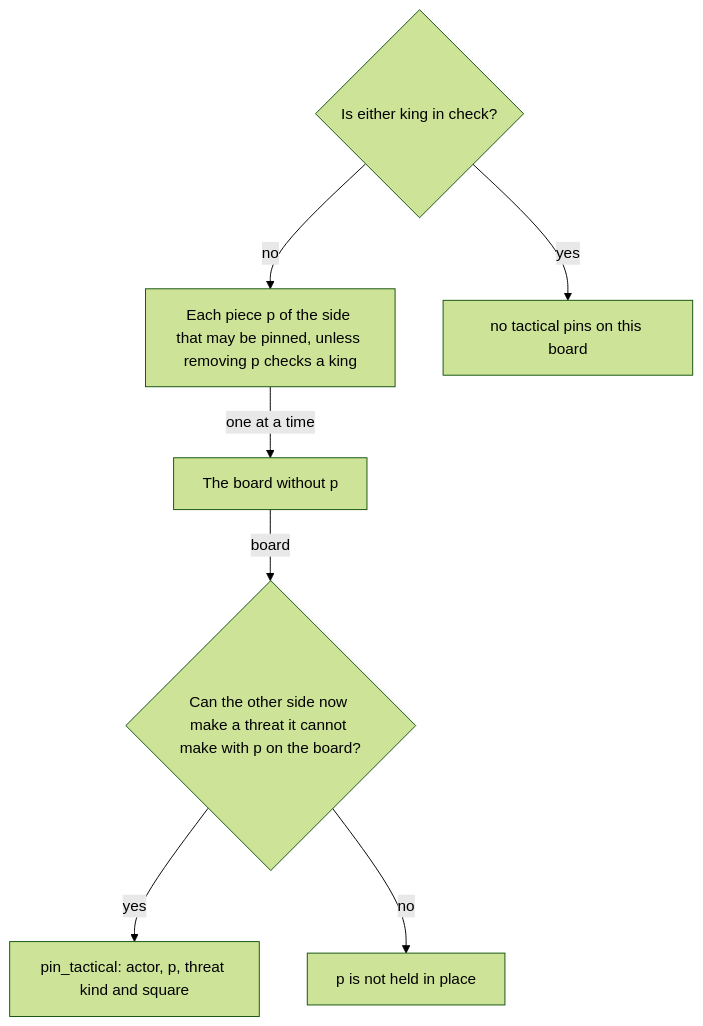
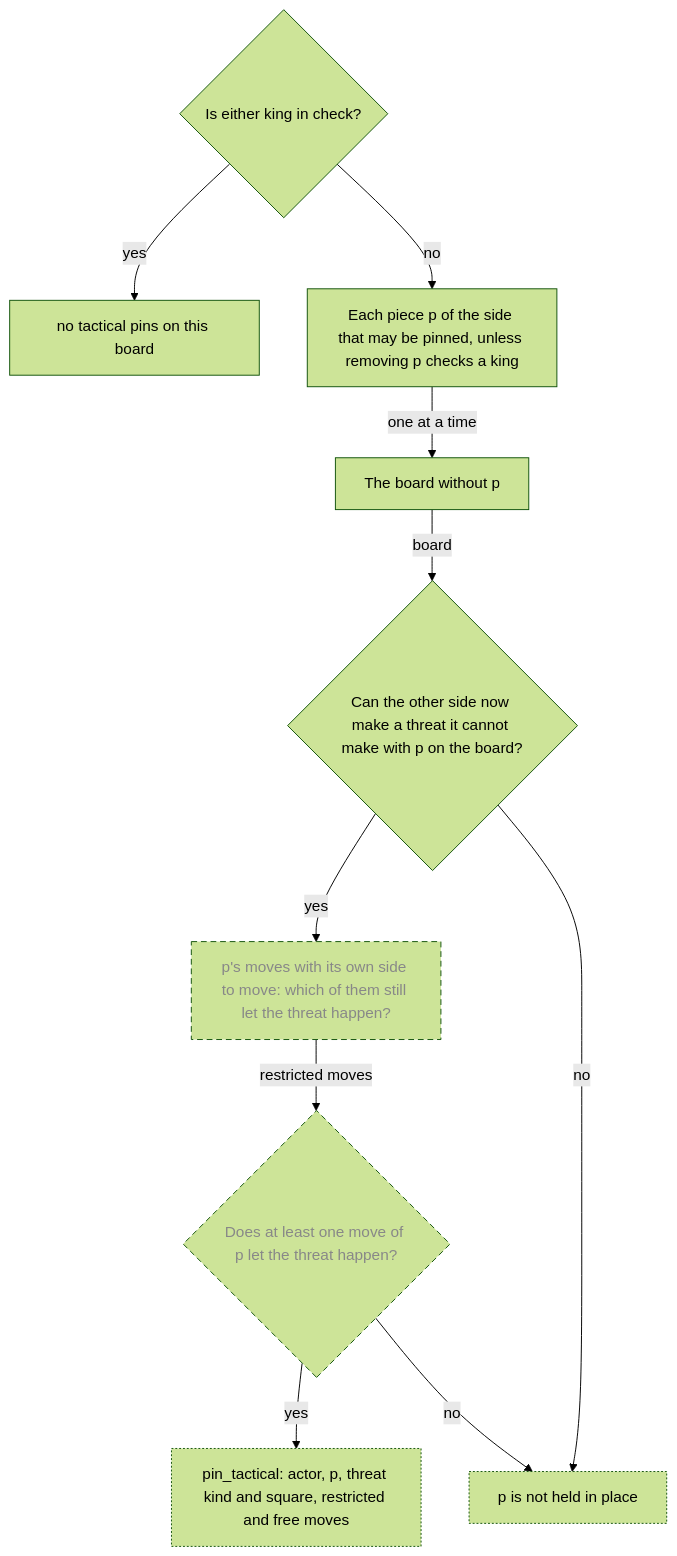
Diagram 18 of 21 in Planning/DBC/CONCEPTS.md (aurja/ChessWhy), drawn with Mermaid (forest theme) before and after one commit. The commit also changed other lines of this file and 5 other files, not shown here.

````diff
--- a/Planning/DBC/CONCEPTS.md
+++ b/Planning/DBC/CONCEPTS.md
@@ -737,19 +762,26 @@
 ```mermaid
 flowchart TD
     TpKings{"Is either king in check?"}
     TpPiece["Each piece p of the side that may be pinned, unless removing p checks a king"]
     TpRemove["The board without p"]
     TpNewThreat{"Can the other side now make a threat it cannot make with p on the board?"}
+    TpMoves["p's moves with its own side to move: which of them still let the threat happen?"]
+    TpAnyRestricted{"Does at least one move of p let the threat happen?"}
     TpNone["no tactical pins on this board"]
-    TpFound["pin_tactical: actor, p, threat kind and square"]
+    TpFound["pin_tactical: actor, p, threat kind and square, restricted and free moves"]
     TpFree["p is not held in place"]
     TpKings -->|yes| TpNone
     TpKings -->|no| TpPiece
     TpPiece -->|one at a time| TpRemove
     TpRemove -->|board| TpNewThreat
-    TpNewThreat -->|yes| TpFound
+    TpNewThreat -->|yes| TpMoves
     TpNewThreat -->|no| TpFree
+    TpMoves -->|restricted moves| TpAnyRestricted
+    TpAnyRestricted -->|yes| TpFound
+    TpAnyRestricted -->|no| TpFree
     classDef planned stroke-dasharray:6 4,color:#888
     classDef partial stroke-dasharray:2 2
     classDef external stroke-dasharray:1 3,color:#999
+    class TpFound,TpFree partial
+    class TpMoves,TpAnyRestricted planned
 ```
````
